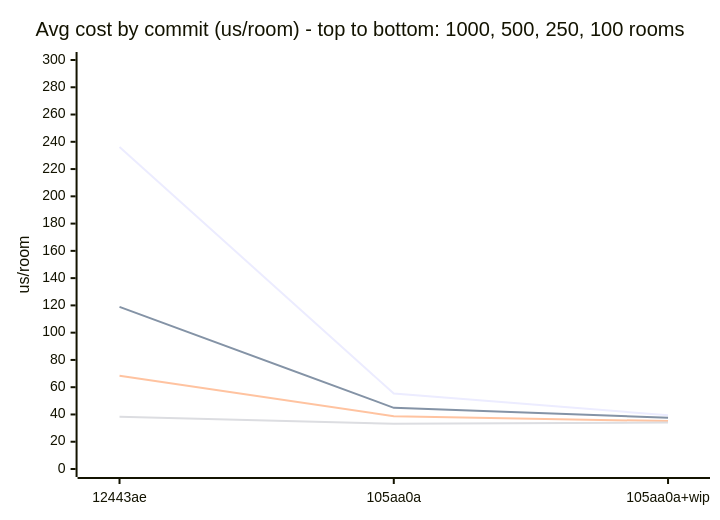
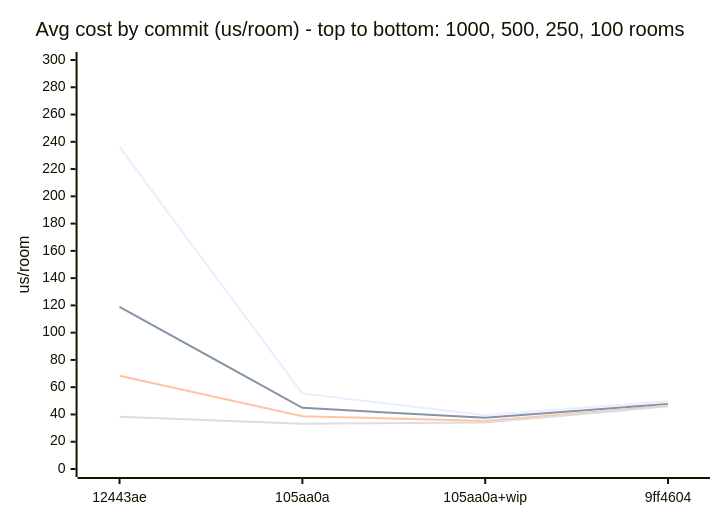
The diagram in spec.md (ezraclintoc/TheAmazingDungeon), drawn with Mermaid before and after one commit. The commit also changed other lines of this file and 15 other files, not shown here.

````diff
--- a/spec.md
+++ b/spec.md
@@ -167,10 +176,10 @@
 ```mermaid
 xychart-beta
     title "Avg cost by commit (us/room) - top to bottom: 1000, 500, 250, 100 rooms"
-    x-axis ["12443ae", "105aa0a", "105aa0a+wip"]
+    x-axis ["12443ae", "105aa0a", "105aa0a+wip", "9ff4604"]
     y-axis "us/room" 0 --> 300
-    line [236.18, 55.31, 39.46]
-    line [118.93, 44.87, 37.54]
-    line [68.46, 38.73, 35.13]
-    line [38.37, 33.13, 34.12]
+    line [236.18, 55.31, 39.46, 49.74]
+    line [118.93, 44.87, 37.54, 47.73]
+    line [68.46, 38.73, 35.13, 46.51]
+    line [38.37, 33.13, 34.12, 45.96]
 ```
````
